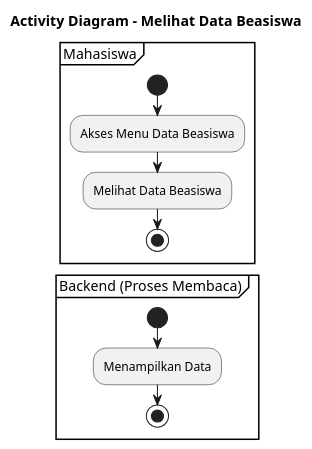
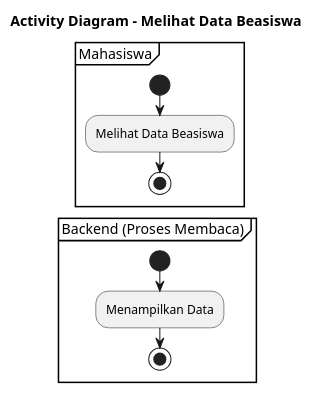
One commit to RizqiMaulana14/Project changed the sixth of 8 diagrams in activity.puml. Above: the diagram before and after it, drawn with PlantUML. The commit also changed other lines of this file and 1 other file, not shown here.

```diff
--- a/activity.puml
+++ b/activity.puml
@@ -102,16 +118,15 @@
 @startuml
 title Activity Diagram - Melihat Data Beasiswa
 
 partition "Mahasiswa" {
     start
-    :Akses Menu Data Beasiswa;
     :Melihat Data Beasiswa;
     stop
 }
 
 partition "Backend (Proses Membaca)" {
     start
     :Menampilkan Data;
     stop
 }
 @enduml
```
